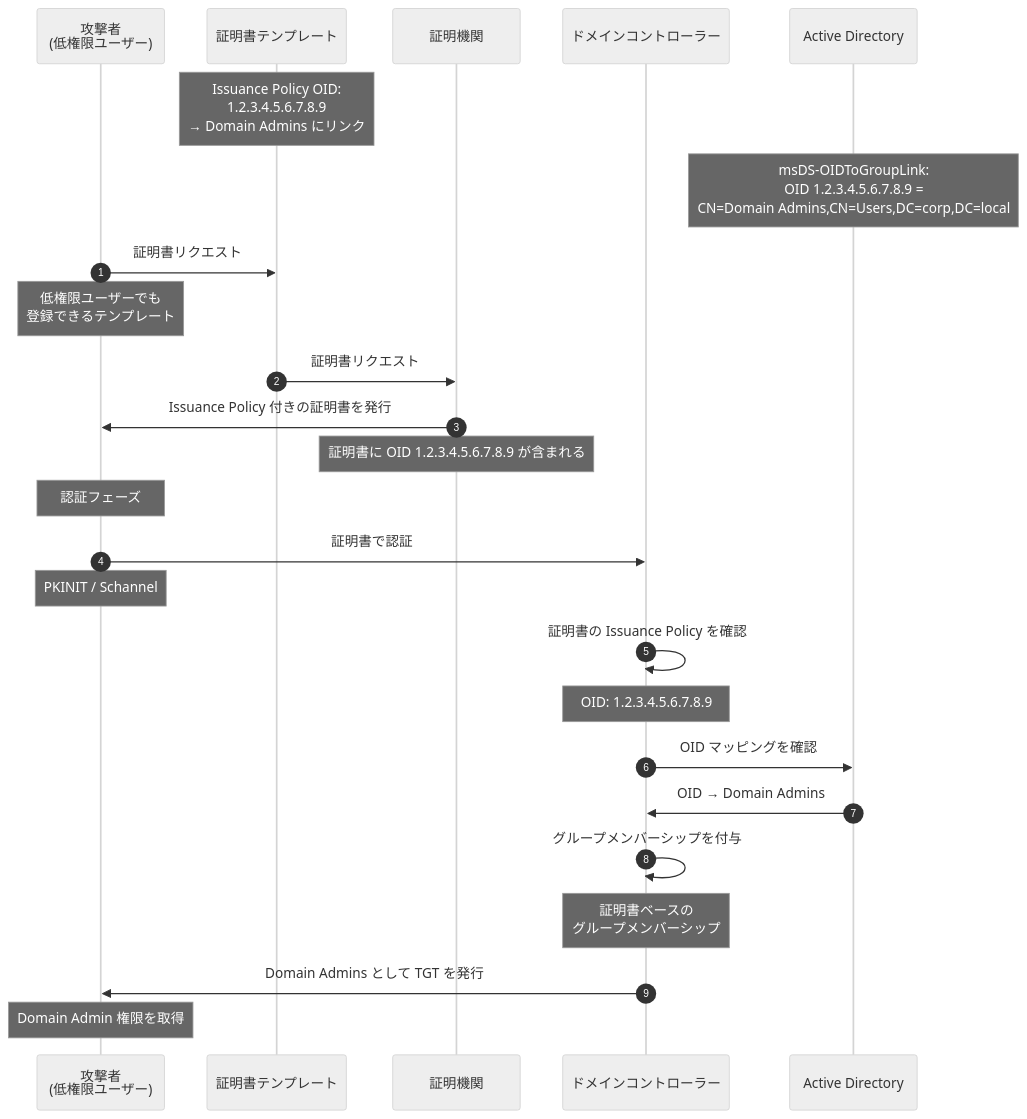
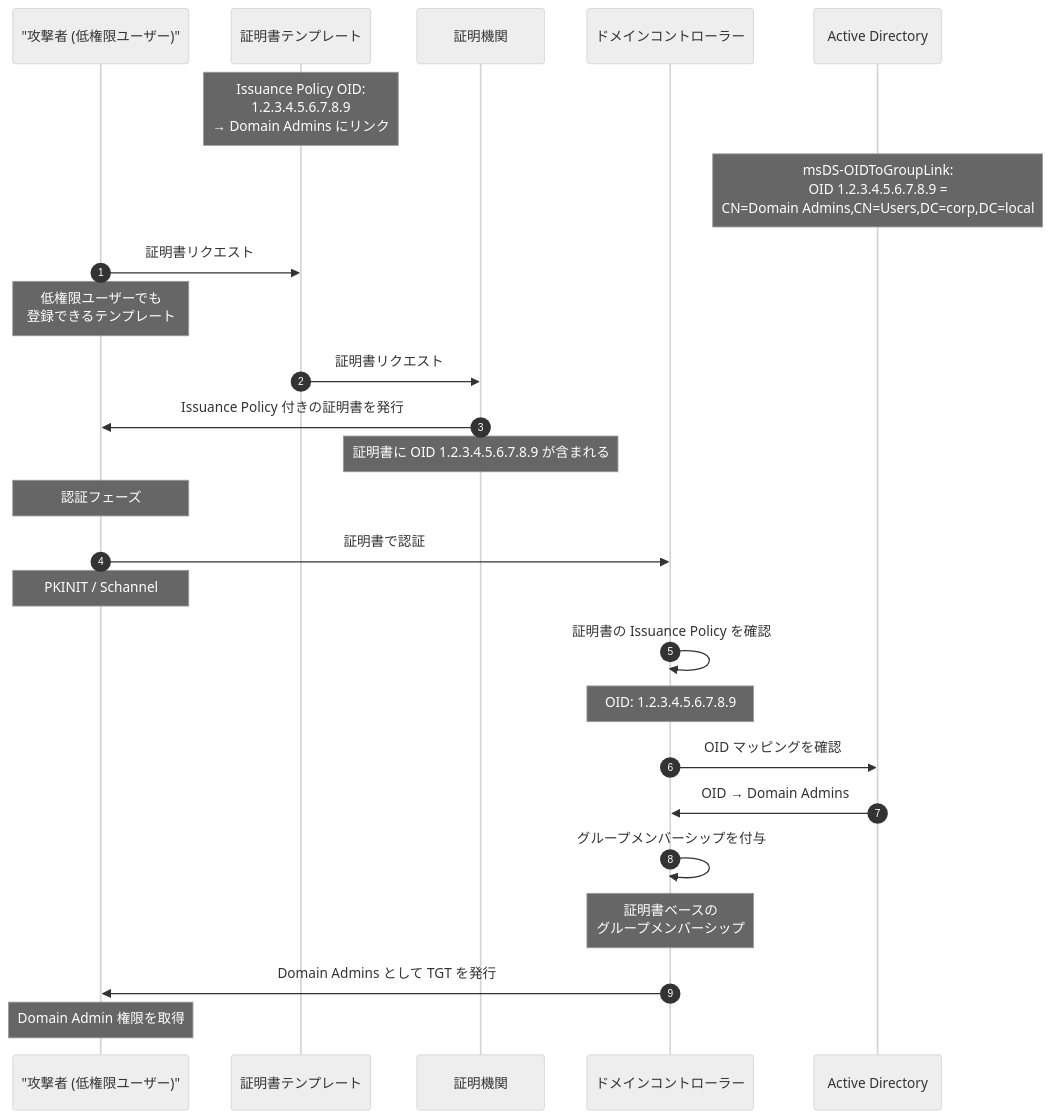
One commit to morimori-dev/morimori-dev.github.io changed diagram 13 of 17 in _posts/2026-03-03-tech-adcs-esc-attack-guide-ja.md. Above: the diagram before and after it, drawn with Mermaid (neutral theme). The commit also changed other lines of this file and 7 other files, not shown here.

First line of the commit message:
Fix Mermaid syntax errors in 8 posts

````diff
--- a/_posts/2026-03-03-tech-adcs-esc-attack-guide-ja.md
+++ b/_posts/2026-03-03-tech-adcs-esc-attack-guide-ja.md
@@ -1262,39 +1262,39 @@
 ```mermaid
 sequenceDiagram
     autonumber
-    participant A as 攻撃者<br/>(低権限ユーザー)
+    participant A as "攻撃者 (低権限ユーザー)"
     participant T as 証明書テンプレート
     participant CA as 証明機関
     participant DC as ドメインコントローラー
     participant AD as Active Directory
 
     Note over T: Issuance Policy OID:<br/>1.2.3.4.5.6.7.8.9<br/>→ Domain Admins にリンク
 
     Note over AD: msDS-OIDToGroupLink:<br/>OID 1.2.3.4.5.6.7.8.9 =<br/>CN=Domain Admins,CN=Users,DC=corp,DC=local
 
     A->>T: 証明書リクエスト
     Note over A: 低権限ユーザーでも<br/>登録できるテンプレート
 
     T->>CA: 証明書リクエスト
 
     CA->>A: Issuance Policy 付きの証明書を発行
     Note over CA: 証明書に OID 1.2.3.4.5.6.7.8.9 が含まれる
 
     Note over A: 認証フェーズ
 
     A->>DC: 証明書で認証
     Note over A: PKINIT / Schannel
 
     DC->>DC: 証明書の Issuance Policy を確認
     Note over DC: OID: 1.2.3.4.5.6.7.8.9
 
     DC->>AD: OID マッピングを確認
     AD->>DC: OID → Domain Admins
 
     DC->>DC: グループメンバーシップを付与
     Note over DC: 証明書ベースの<br/>グループメンバーシップ
 
     DC->>A: Domain Admins として TGT を発行
 
     Note over A: Domain Admin 権限を取得
 ```
````
